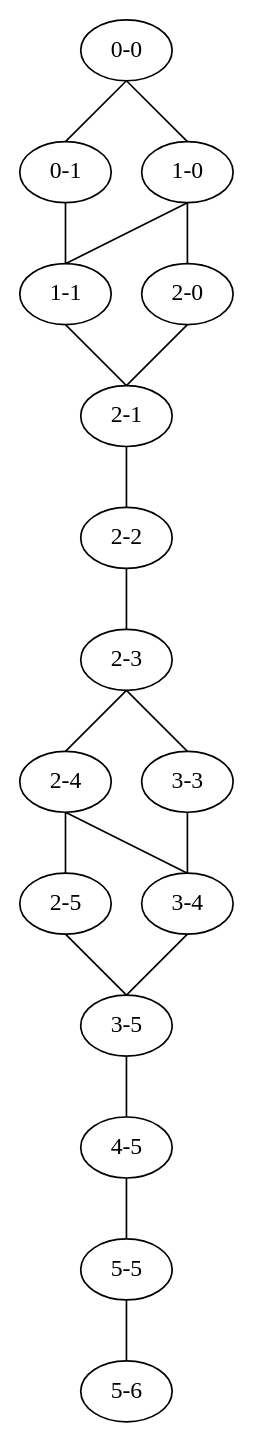
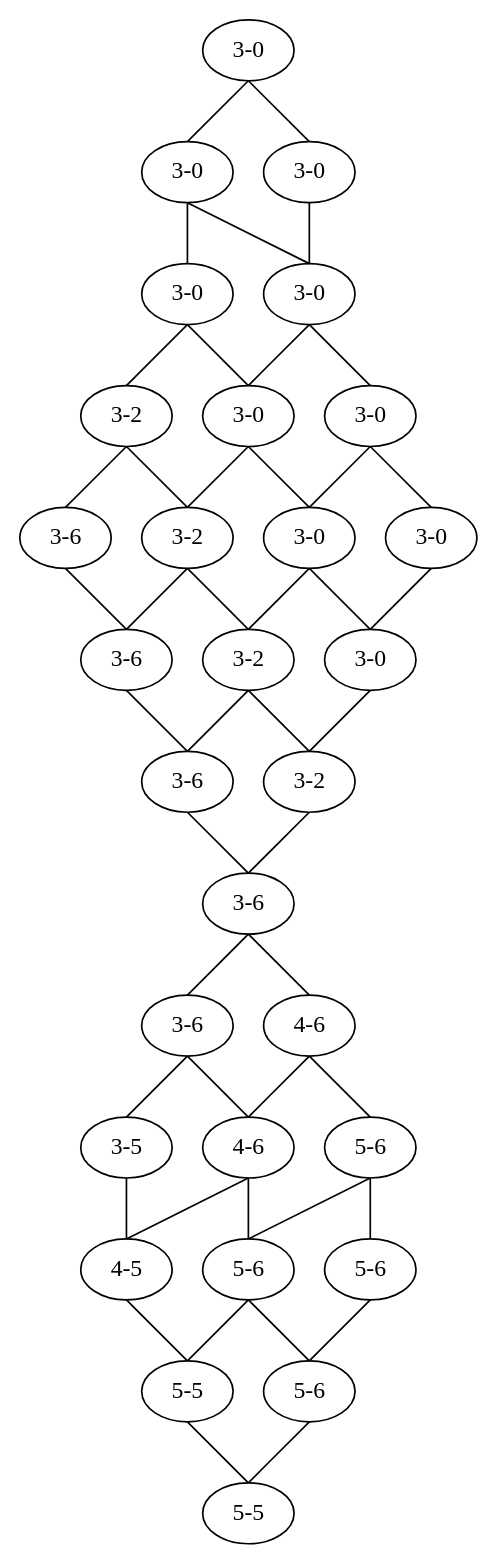
Before and after one commit to robzenn92/distributedAlgorithms: the diagram in src/main/java/com/distributedalgorithms/out/lattice.dot, drawn with Graphviz. The commit also changed 6 other files, not shown here.

```diff
--- a/src/main/java/com/distributedalgorithms/out/lattice.dot
+++ b/src/main/java/com/distributedalgorithms/out/lattice.dot
@@ -1,61 +1,90 @@
 digraph item_set {
 
 // set edge attribute
 edge [dir = none tailport = "s" headport = "n"]
 splines=false
 
 // the 1o layer
-0 [label = "0-0"];
+0 [label = "3-0"];
+
 // the 2o layer
-1 [label = "0-1"];
-10 [label = "1-0"];
+1 [label = "3-0"];
+10 [label = "3-0"];
 
 // the 3o layer
-11 [label = "1-1"];
-20 [label = "2-0"];
+2 [label = "3-0"];
+11 [label = "3-0"];
 
 // the 4o layer
-21 [label = "2-1"];
+3 [label = "3-2"];
+12 [label = "3-0"];
+21 [label = "3-0"];
 
 // the 5o layer
-22 [label = "2-2"];
+4 [label = "3-6"];
+13 [label = "3-2"];
+22 [label = "3-0"];
+31 [label = "3-0"];
 
 // the 6o layer
-23 [label = "2-3"];
+14 [label = "3-6"];
+23 [label = "3-2"];
+32 [label = "3-0"];
 
 // the 7o layer
-24 [label = "2-4"];
-33 [label = "3-3"];
+24 [label = "3-6"];
+33 [label = "3-2"];
 
 // the 8o layer
-25 [label = "2-5"];
-34 [label = "3-4"];
+34 [label = "3-6"];
 
 // the 9o layer
-35 [label = "3-5"];
+35 [label = "3-6"];
+44 [label = "4-6"];
 
 // the 10o layer
-45 [label = "4-5"];
+36 [label = "3-5"];
+45 [label = "4-6"];
+54 [label = "5-6"];
 
 // the 11o layer
-55 [label = "5-5"];
+46 [label = "4-5"];
+55 [label = "5-6"];
+64 [label = "5-6"];
 
 // the 12o layer
-56 [label = "5-6"];
+56 [label = "5-5"];
+65 [label = "5-6"];
+
+// the 13o layer
+66 [label = "5-5"];
 
 0 -> {10,1}
-1 -> {11}
-10 -> {20,11}
-11 -> {21}
-20 -> {21}
-21 -> {22}
-22 -> {23}
+1 -> {11,2}
+2 -> {12,3}
+3 -> {13,4}
+4 -> {14}
+10 -> {11}
+11 -> {21,12}
+12 -> {22,13}
+13 -> {23,14}
+14 -> {24}
+21 -> {31,22}
+22 -> {32,23}
 23 -> {33,24}
-24 -> {34,25}
-25 -> {35}
+24 -> {34}
+31 -> {32}
+32 -> {33}
 33 -> {34}
-34 -> {35}
-35 -> {45}
-45 -> {55}
-55 -> {56}
+34 -> {44,35}
+35 -> {45,36}
+36 -> {46}
+44 -> {54,45}
+45 -> {55,46}
+46 -> {56}
+54 -> {64,55}
+55 -> {65,56}
+56 -> {66}
+64 -> {65}
+65 -> {66}
 }
```
